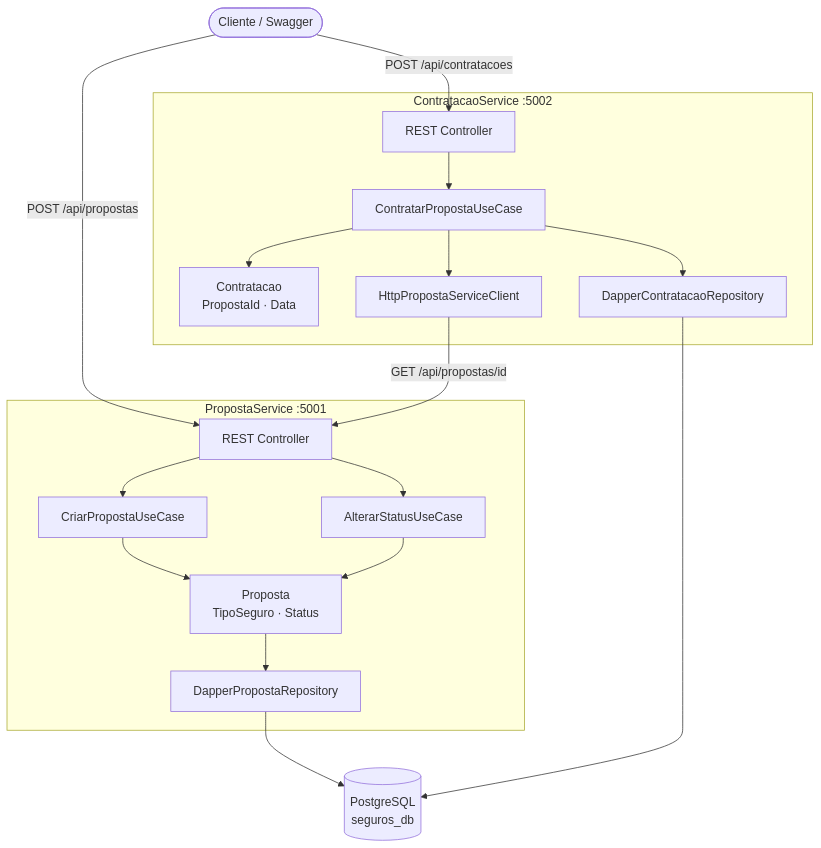
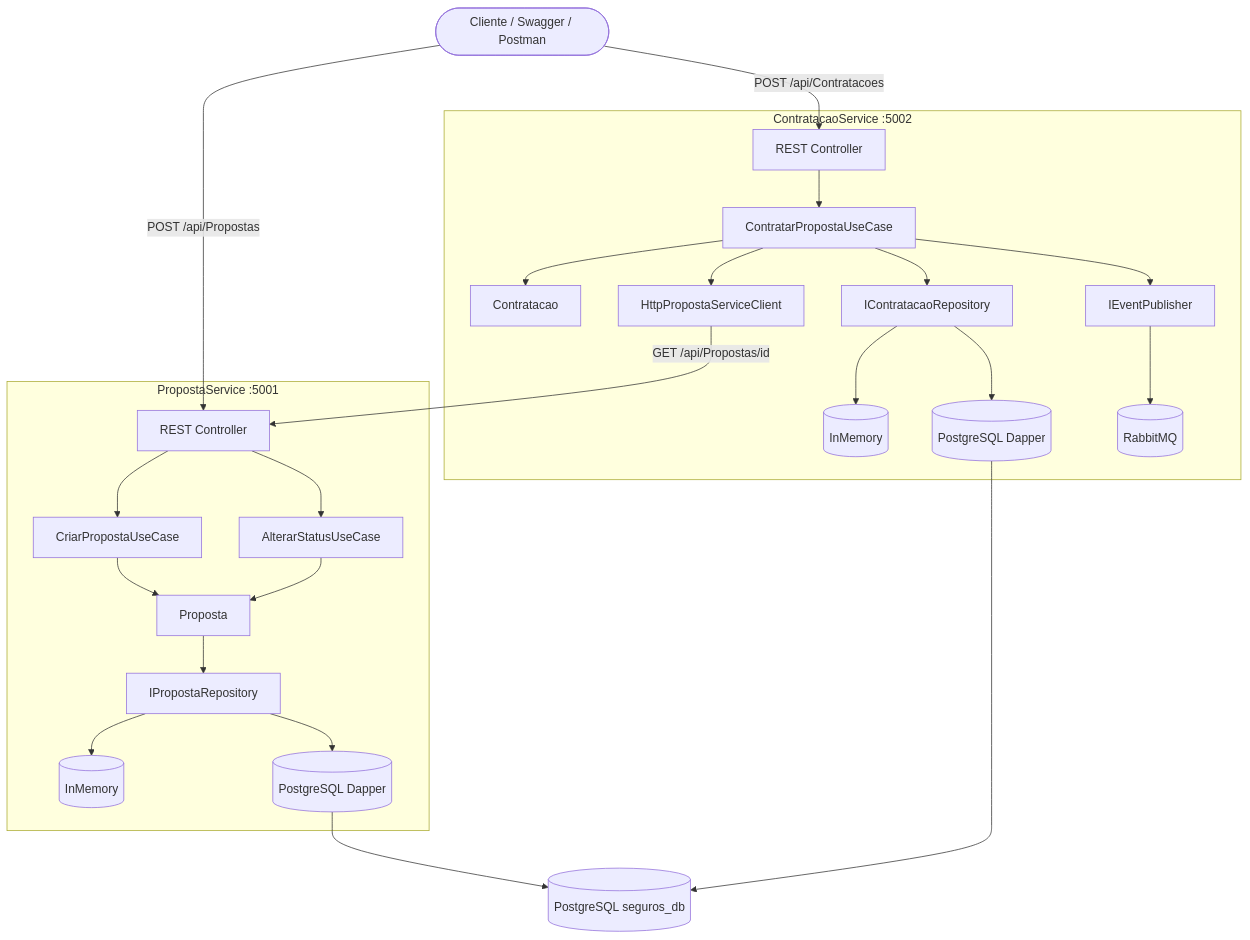
Before and after one commit to josehelioaraujo/proposta-seguros: the diagram in docs/README.md, drawn with Mermaid. The commit also changed other lines of this file, not shown here.

````diff
--- a/docs/README.md
+++ b/docs/README.md
@@ -17,27 +19,32 @@
 ```mermaid
 flowchart TD
-    CLIENT([Cliente / Swagger])
+    CLIENT([Cliente / Swagger / Postman])
 
     subgraph PS [PropostaService :5001]
         PA[REST Controller] --> PUC1[CriarPropostaUseCase]
         PA --> PUC2[AlterarStatusUseCase]
-        PUC1 --> PD[Proposta\nTipoSeguro · Status]
+        PUC1 --> PD[Proposta]
         PUC2 --> PD
-        PD --> PREP[DapperPropostaRepository]
+        PD --> PREP[IPropostaRepository]
+        PREP --> INMEM[(InMemory)]
+        PREP --> DAPPER[(PostgreSQL Dapper)]
     end
 
     subgraph CS [ContratacaoService :5002]
         CA[REST Controller] --> CUC[ContratarPropostaUseCase]
-        CUC --> CD[Contratacao\nPropostaId · Data]
-        CUC --> CREP[DapperContratacaoRepository]
+        CUC --> CD[Contratacao]
+        CUC --> CREP[IContratacaoRepository]
         CUC --> CHTTP[HttpPropostaServiceClient]
+        CUC --> CPUB[IEventPublisher]
+        CREP --> INMEM2[(InMemory)]
+        CREP --> DAPPER2[(PostgreSQL Dapper)]
+        CPUB --> MQ[(RabbitMQ)]
     end
 
-    DB[(PostgreSQL\nseguros_db)]
-
-    CLIENT -->|POST /api/propostas| PA
-    CLIENT -->|POST /api/contratacoes| CA
-    CHTTP -->|GET /api/propostas/id| PA
-    PREP --> DB
-    CREP --> DB
+    DB[(PostgreSQL seguros_db)]
+    CLIENT -->|POST /api/Propostas| PA
+    CLIENT -->|POST /api/Contratacoes| CA
+    CHTTP -->|GET /api/Propostas/id| PA
+    DAPPER --> DB
+    DAPPER2 --> DB
 ```
````
